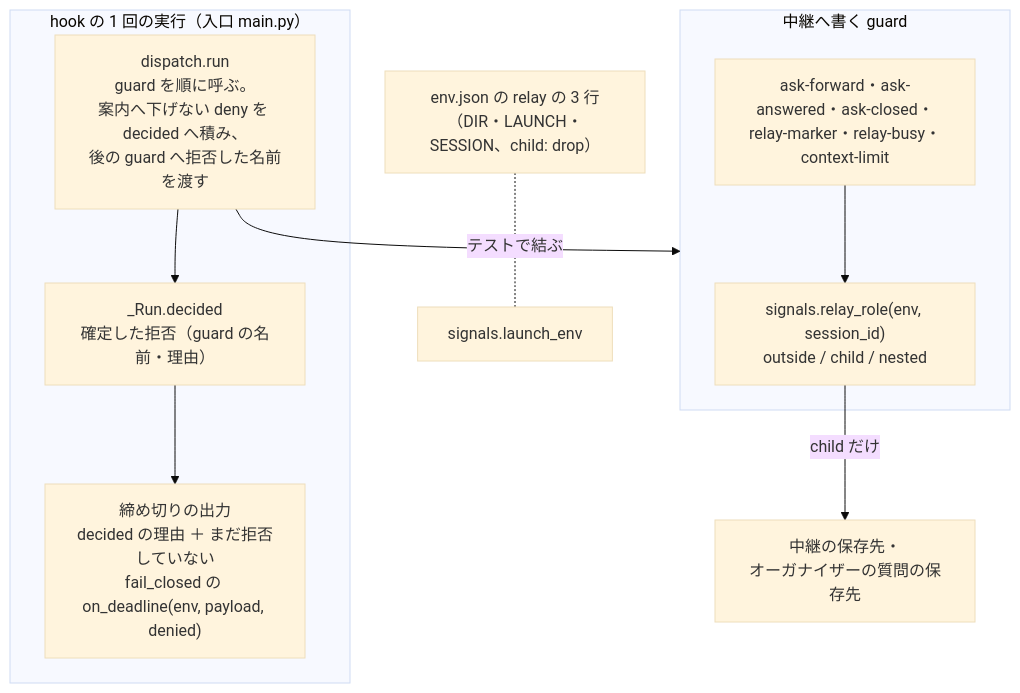
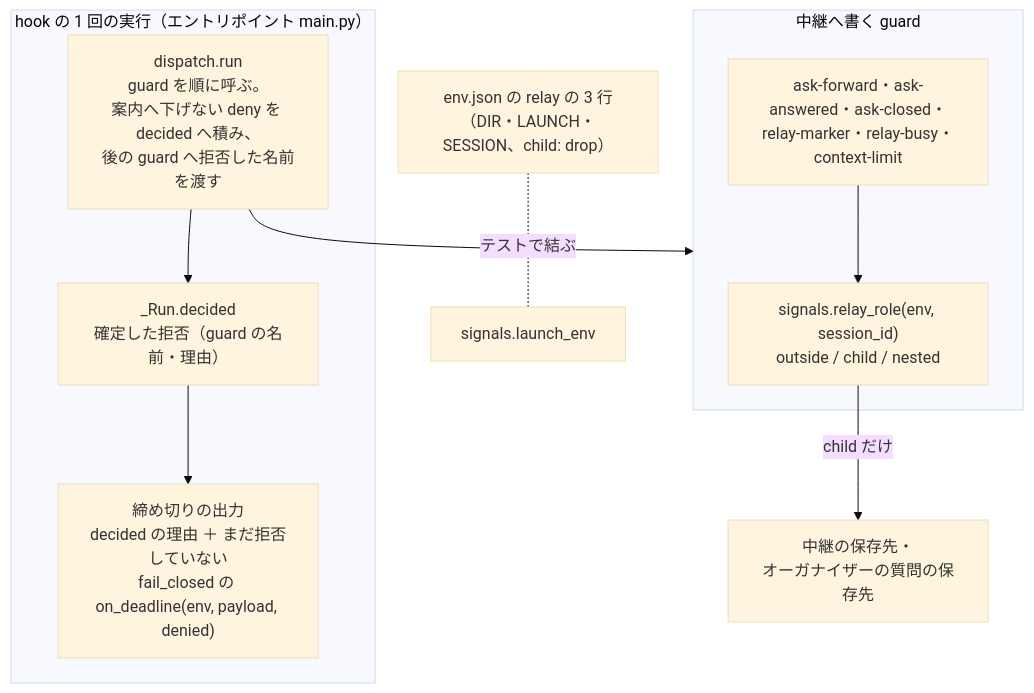
One commit to devbasex/ai-plugins changed the second of 4 diagrams in issues/issue-4061-4062-4064-design.md. Above: the diagram before and after it, drawn with Mermaid (base theme). The commit also changed other lines of this file and 2 other files, not shown here.

````diff
--- a/issues/issue-4061-4062-4064-design.md
+++ b/issues/issue-4061-4062-4064-design.md
@@ -52,17 +52,17 @@
 ```mermaid
 flowchart TB
-  subgraph Hook["hook の 1 回の実行（入口 main.py）"]
+  subgraph Hook["hook の 1 回の実行（エントリポイント main.py）"]
     R["_Run.decided<br>確定した拒否（guard の名前・理由）"]
     D["dispatch.run<br>guard を順に呼ぶ。<br>案内へ下げない deny を decided へ積み、<br>後の guard へ拒否した名前を渡す"]
     DL["締め切りの出力<br>decided の理由 ＋ まだ拒否していない<br>fail_closed の on_deadline(env, payload, denied)"]
     D --> R --> DL
   end
   subgraph G["中継へ書く guard"]
     T["signals.relay_role(env, session_id)<br>outside / child / nested"]
     A["ask-forward・ask-answered・ask-closed・<br>relay-marker・relay-busy・context-limit"]
     A --> T
   end
   D --> G
   T -- "child だけ" --> F["中継の保存先・<br>オーガナイザーの質問の保存先"]
   E["env.json の relay の 3 行<br>（DIR・LAUNCH・SESSION、child: drop）"] -. "テストで結ぶ" .- LE["signals.launch_env"]
 ```
````
